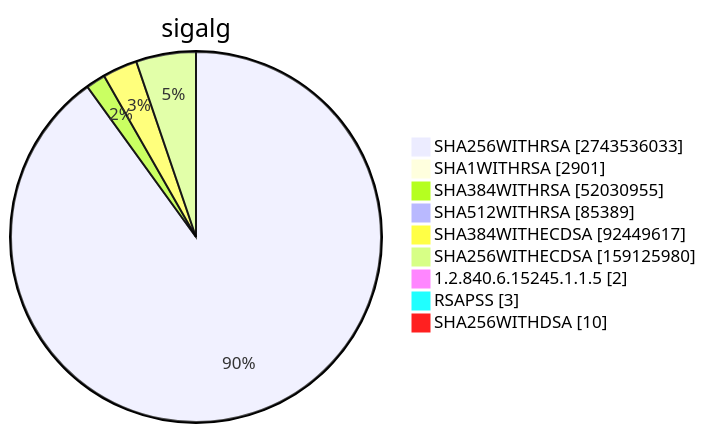
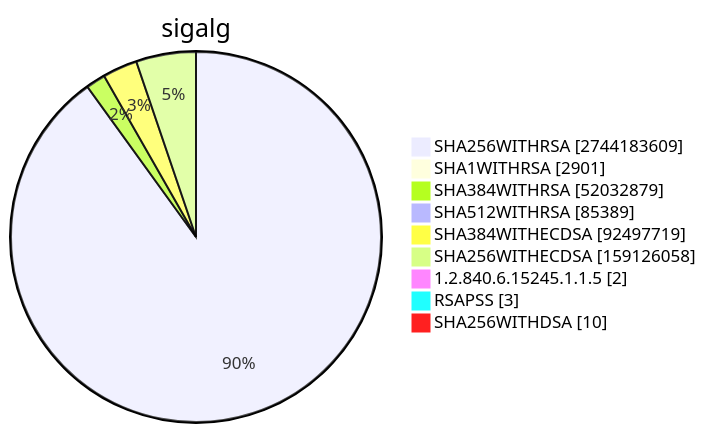
Before and after one commit to christiankrug/ctmonitor_visualization: diagram 15 of 15 in TOTAL/README.md, drawn with Mermaid. The commit also changed other lines of this file, not shown here.

````diff
--- a/TOTAL/README.md
+++ b/TOTAL/README.md
@@ -6204,13 +6204,13 @@
 ```mermaid
 pie showData
 title sigalg
-"SHA256WITHRSA" :2743536033
+"SHA256WITHRSA" :2744183609
 "SHA1WITHRSA" :2901
-"SHA384WITHRSA" :52030955
+"SHA384WITHRSA" :52032879
 "SHA512WITHRSA" :85389
-"SHA384WITHECDSA" :92449617
-"SHA256WITHECDSA" :159125980
+"SHA384WITHECDSA" :92497719
+"SHA256WITHECDSA" :159126058
 "1.2.840.6.15245.1.1.5" :2
 "RSAPSS" :3
 "SHA256WITHDSA" :10
 ```
````
